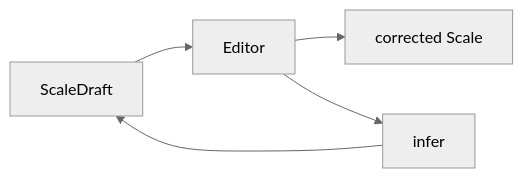
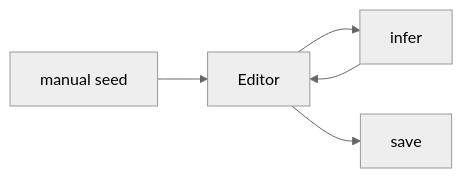
One commit to robertdyr/skales-v1 changed the third of 3 diagrams in docs/architecture/editor.md. Above: the diagram before and after it, drawn with Mermaid (neutral theme). The commit also changed other lines of this file and 17 other files, not shown here.

````diff
--- a/docs/architecture/editor.md
+++ b/docs/architecture/editor.md
@@ -70,5 +136,5 @@
 ```mermaid
 flowchart LR
-    DraftHandoff["ScaleDraft"] --> EditorHandoff["Editor"] --> Corrected["corrected Scale"]
-    EditorHandoff --> Reinfer["infer"] --> DraftHandoff
+    Seed["manual seed"] --> EditorHandoff["Editor"] --> Infer["infer"] --> EditorHandoff
+    EditorHandoff --> Save["save"]
 ```
````
